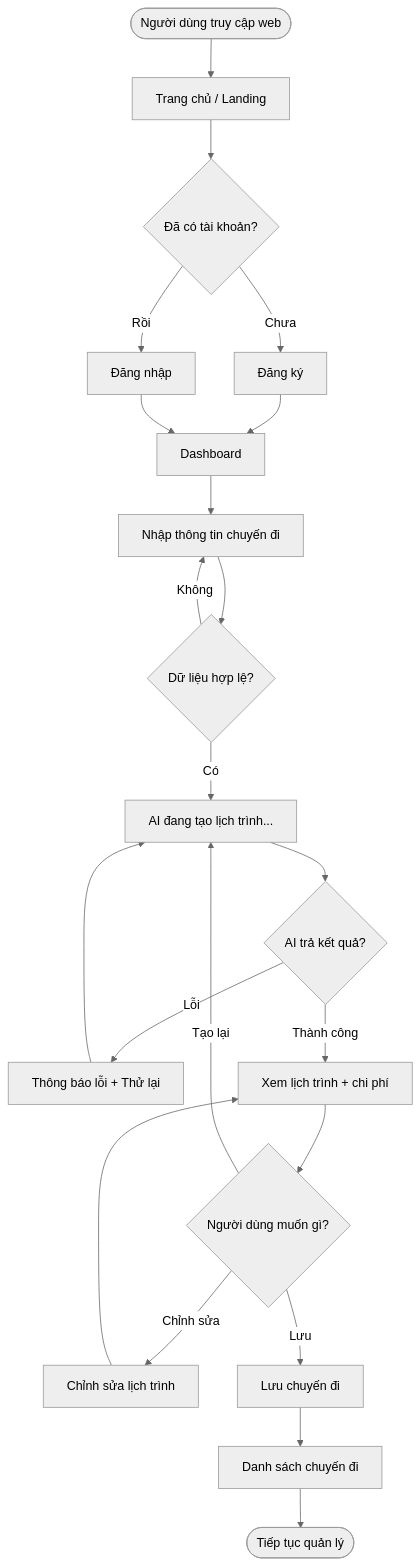
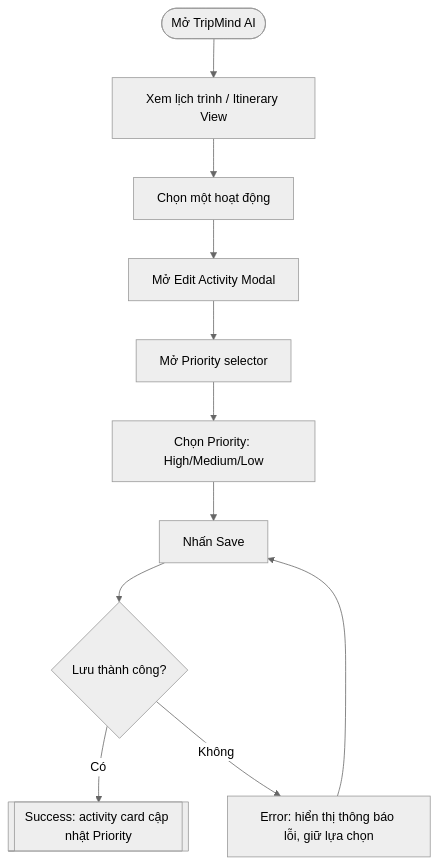
The first of 3 diagrams in docs/4.1-user-flow.md (hongocthaovy0710/TripMindAI), drawn with Mermaid (neutral theme) before and after one commit. The commit also changed other lines of this file and 5 other files, not shown here.

````diff
--- a/docs/4.1-user-flow.md
+++ b/docs/4.1-user-flow.md
@@ -96,24 +103,13 @@
 ```mermaid
 flowchart TD
-    Start([Người dùng truy cập web]) --> Landing[Trang chủ / Landing]
-    Landing --> Auth{Đã có tài khoản?}
-    Auth -->|Chưa| Register[Đăng ký]
-    Auth -->|Rồi| Login[Đăng nhập]
-    Register --> Dashboard[Dashboard]
-    Login --> Dashboard
-    Dashboard --> CreateTrip[Nhập thông tin chuyến đi]
-    CreateTrip --> Validate{Dữ liệu hợp lệ?}
-    Validate -->|Không| CreateTrip
-    Validate -->|Có| AILoading[AI đang tạo lịch trình...]
-    AILoading --> AIResult{AI trả kết quả?}
-    AIResult -->|Lỗi| RetryAI[Thông báo lỗi + Thử lại]
-    RetryAI --> AILoading
-    AIResult -->|Thành công| ViewItinerary[Xem lịch trình + chi phí]
-    ViewItinerary --> Decision{Người dùng muốn gì?}
-    Decision -->|Chỉnh sửa| EditTrip[Chỉnh sửa lịch trình]
-    Decision -->|Tạo lại| AILoading
-    Decision -->|Lưu| SaveTrip[Lưu chuyến đi]
-    EditTrip --> ViewItinerary
-    SaveTrip --> MyTrips[Danh sách chuyến đi]
-    MyTrips --> End([Tiếp tục quản lý])
+    A([Mở TripMind AI]) --> B[Xem lịch trình / Itinerary View]
+    B --> C[Chọn một hoạt động]
+    C --> D[Mở Edit Activity Modal]
+    D --> E[Mở Priority selector]
+    E --> F[Chọn Priority: High/Medium/Low]
+    F --> G[Nhấn Save]
+    G --> H{Lưu thành công?}
+    H -->|Có| I[[Success: activity card cập nhật Priority]]
+    H -->|Không| J[Error: hiển thị thông báo lỗi, giữ lựa chọn]
+    J --> G
 ```
````
